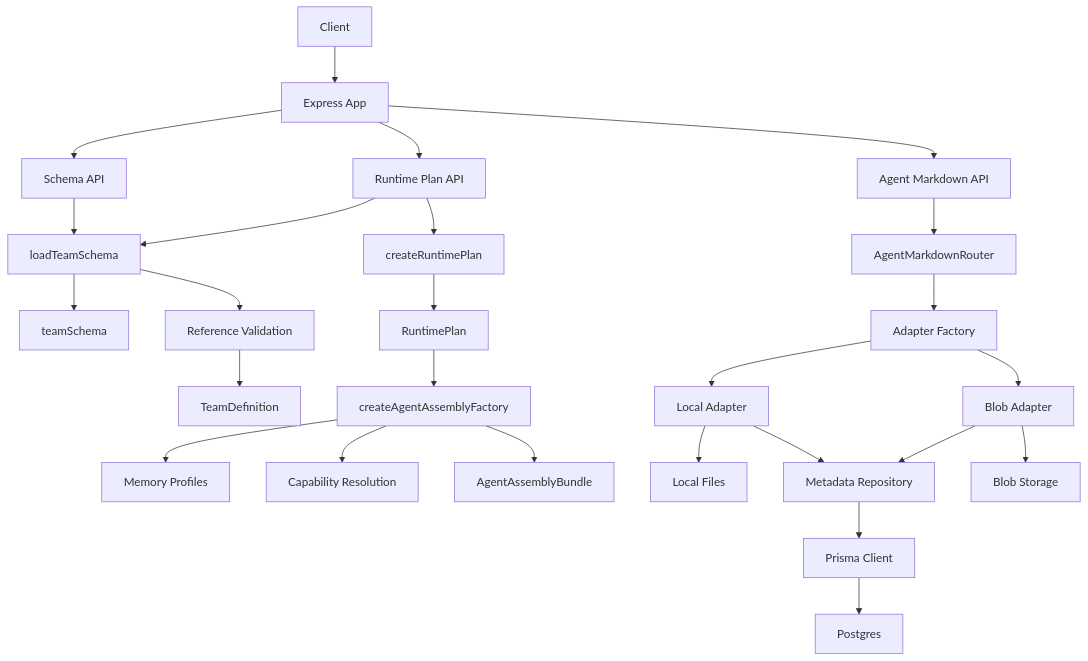
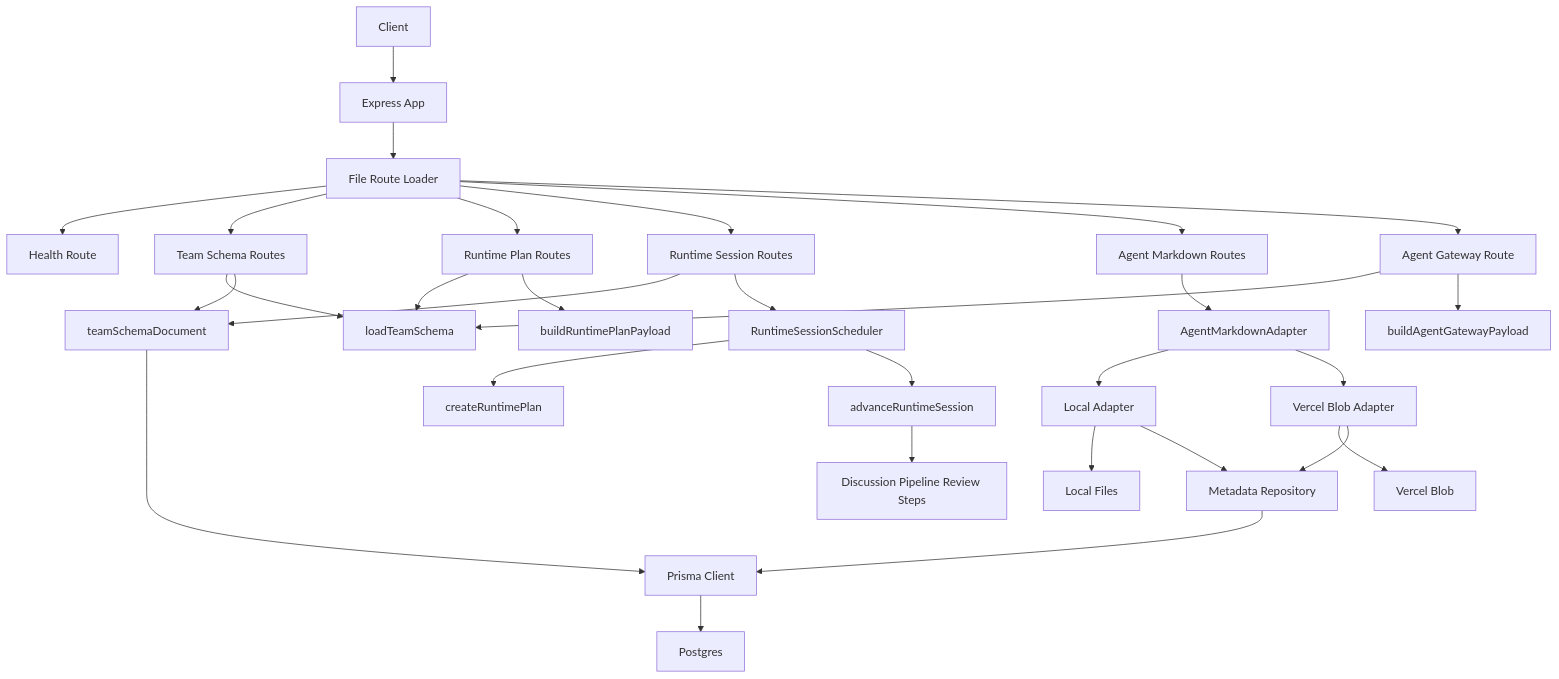
One commit to sadofriod/agent-company changed the first of 2 diagrams in docs/implementation/09-service-architecture-overview.md. Above: the diagram before and after it, drawn with Mermaid. The commit also changed other lines of this file and 60 other files, not shown here.

````diff
--- a/docs/implementation/09-service-architecture-overview.md
+++ b/docs/implementation/09-service-architecture-overview.md
@@ -7,28 +7,34 @@
 ```mermaid
 graph TD
   A[Client] --> B[Express App]
-  B --> C[Schema API]
-  B --> D[Runtime Plan API]
-  B --> E[Agent Markdown API]
-  C --> F[loadTeamSchema]
-  F --> G[teamSchema]
-  F --> H[Reference Validation]
-  H --> I[TeamDefinition]
-  D --> F
-  D --> J[createRuntimePlan]
-  J --> K[RuntimePlan]
-  K --> L[createAgentAssemblyFactory]
-  L --> M[Memory Profiles]
-  L --> N[Capability Resolution]
-  L --> O[AgentAssemblyBundle]
-  E --> P[AgentMarkdownRouter]
-  P --> Q[Adapter Factory]
-  Q --> R[Local Adapter]
-  Q --> S[Blob Adapter]
-  R --> T[Local Files]
-  R --> U[Metadata Repository]
-  S --> V[Blob Storage]
-  S --> U
-  U --> W[Prisma Client]
-  W --> X[Postgres]
+  B --> C[File Route Loader]
+  C --> D[Health Route]
+  C --> E[Team Schema Routes]
+  C --> F[Runtime Plan Routes]
+  C --> G[Runtime Session Routes]
+  C --> H[Agent Markdown Routes]
+  C --> I[Agent Gateway Route]
+
+  E --> J[loadTeamSchema]
+  E --> K[teamSchemaDocument]
+  F --> J
+  F --> L[buildRuntimePlanPayload]
+  I --> J
+  I --> M[buildAgentGatewayPayload]
+  G --> K
+  G --> N[RuntimeSessionScheduler]
+  N --> O[createRuntimePlan]
+  N --> P[advanceRuntimeSession]
+  P --> Q[Discussion Pipeline Review Steps]
+
+  H --> R[AgentMarkdownAdapter]
+  R --> S[Local Adapter]
+  R --> T[Vercel Blob Adapter]
+  S --> U[Local Files]
+  S --> V[Metadata Repository]
+  T --> W[Vercel Blob]
+  T --> V
+  V --> X[Prisma Client]
+  X --> Y[Postgres]
+  K --> X
 ```
````
